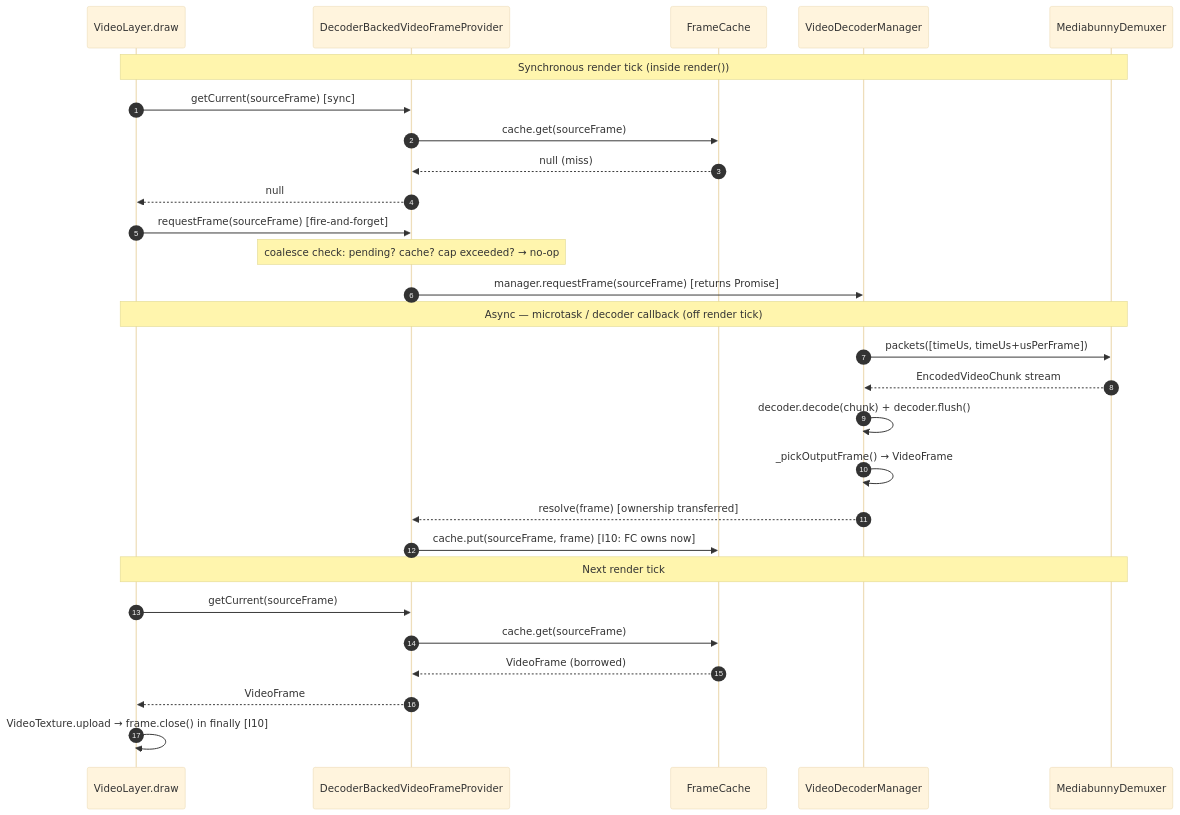
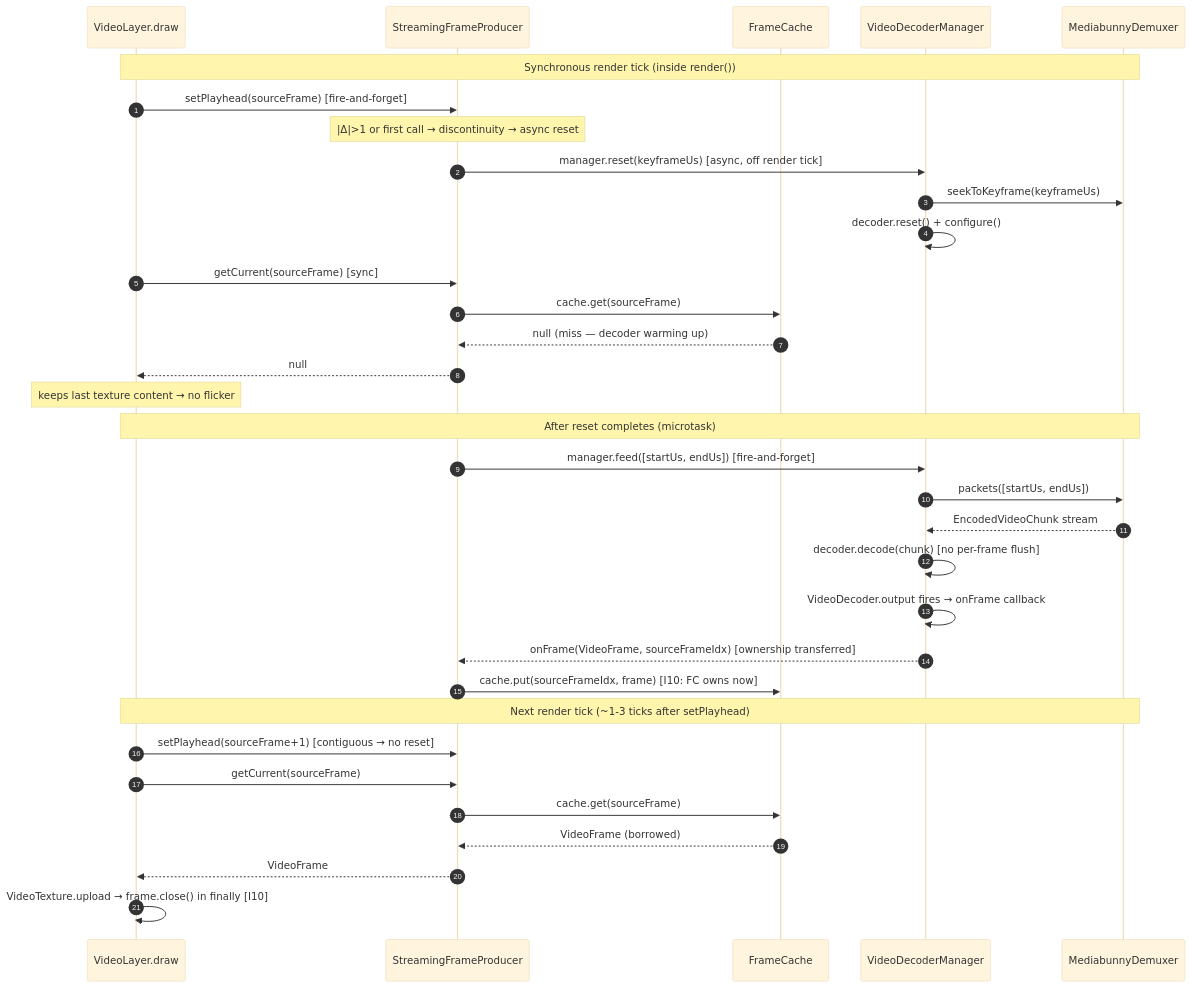
The ninth of 17 diagrams in packages/editor/src/core/renderer/architecture.md (elahlabs/elah), drawn with Mermaid (base theme) before and after one commit. The commit also changed other lines of this file and 35 other files, not shown here.

First line of the commit message:
feat: implement StreamingFrameProducer for push-based video frame handling

````diff
--- a/packages/editor/src/core/renderer/architecture.md
+++ b/packages/editor/src/core/renderer/architecture.md
@@ -342,34 +345,39 @@
 ```mermaid
 sequenceDiagram
     autonumber
     participant VL as VideoLayer.draw
-    participant DBVFP as DecoderBackedVideoFrameProvider
+    participant SFP as StreamingFrameProducer
     participant FC as FrameCache
     participant VDM as VideoDecoderManager
     participant DMX as MediabunnyDemuxer
 
     Note over VL,DMX: Synchronous render tick (inside render())
-    VL->>DBVFP: getCurrent(sourceFrame) [sync]
-    DBVFP->>FC: cache.get(sourceFrame)
-    FC-->>DBVFP: null (miss)
-    DBVFP-->>VL: null
+    VL->>SFP: setPlayhead(sourceFrame) [fire-and-forget]
+    Note over SFP: |Δ|>1 or first call → discontinuity → async reset
+    SFP->>VDM: manager.reset(keyframeUs) [async, off render tick]
+    VDM->>DMX: seekToKeyframe(keyframeUs)
+    VDM->>VDM: decoder.reset() + configure()
 
-    VL->>DBVFP: requestFrame(sourceFrame) [fire-and-forget]
-    Note over DBVFP: coalesce check: pending? cache? cap exceeded? → no-op
-    DBVFP->>VDM: manager.requestFrame(sourceFrame) [returns Promise]
+    VL->>SFP: getCurrent(sourceFrame) [sync]
+    SFP->>FC: cache.get(sourceFrame)
+    FC-->>SFP: null (miss — decoder warming up)
+    SFP-->>VL: null
+    Note over VL: keeps last texture content → no flicker
 
-    Note over VL,DMX: Async — microtask / decoder callback (off render tick)
-    VDM->>DMX: packets([timeUs, timeUs+usPerFrame])
+    Note over VL,DMX: After reset completes (microtask)
+    SFP->>VDM: manager.feed([startUs, endUs]) [fire-and-forget]
+    VDM->>DMX: packets([startUs, endUs])
     DMX-->>VDM: EncodedVideoChunk stream
-    VDM->>VDM: decoder.decode(chunk) + decoder.flush()
-    VDM->>VDM: _pickOutputFrame() → VideoFrame
-    VDM-->>DBVFP: resolve(frame) [ownership transferred]
-    DBVFP->>FC: cache.put(sourceFrame, frame) [I10: FC owns now]
+    VDM->>VDM: decoder.decode(chunk) [no per-frame flush]
+    VDM->>VDM: VideoDecoder.output fires → onFrame callback
+    VDM-->>SFP: onFrame(VideoFrame, sourceFrameIdx) [ownership transferred]
+    SFP->>FC: cache.put(sourceFrameIdx, frame) [I10: FC owns now]
 
-    Note over VL,DMX: Next render tick
-    VL->>DBVFP: getCurrent(sourceFrame)
-    DBVFP->>FC: cache.get(sourceFrame)
-    FC-->>DBVFP: VideoFrame (borrowed)
-    DBVFP-->>VL: VideoFrame
+    Note over VL,DMX: Next render tick (~1-3 ticks after setPlayhead)
+    VL->>SFP: setPlayhead(sourceFrame+1) [contiguous → no reset]
+    VL->>SFP: getCurrent(sourceFrame)
+    SFP->>FC: cache.get(sourceFrame)
+    FC-->>SFP: VideoFrame (borrowed)
+    SFP-->>VL: VideoFrame
     VL->>VL: VideoTexture.upload → frame.close() in finally [I10]
 ```
````
